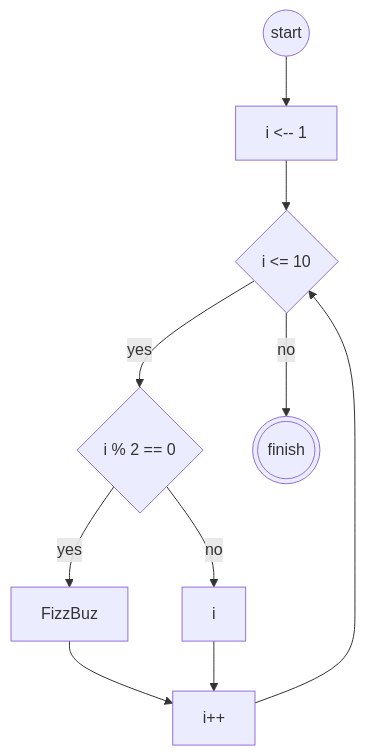
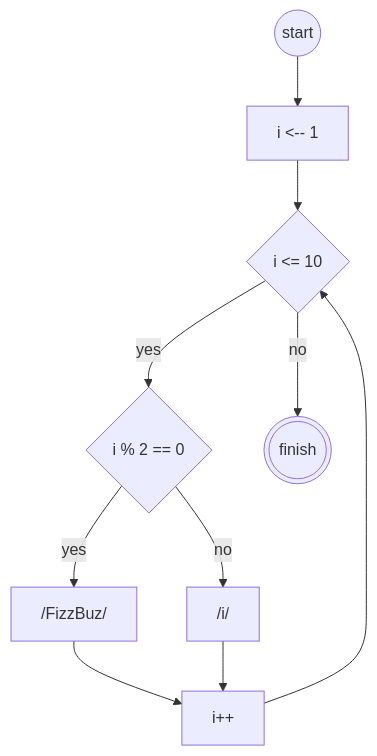
One commit to rifrifai/koda-b1-algoritm changed the diagram in koda-b1-fizzbuzz-algoritm.md. Above: the diagram before and after it, drawn with Mermaid.

Commit message:
Update output format in fizzbuzz algorithm

````diff
--- a/koda-b1-fizzbuzz-algoritm.md
+++ b/koda-b1-fizzbuzz-algoritm.md
@@ -5,20 +5,20 @@
 ```mermaid
     flowchart TD
     start((start))
     init["i <-- 1"]
     check{"i <= 10"}
     check2{"i % 2 == 0"}
     increment["i++"]
-    output["FizzBuz"]
-    output2["i"]
+    output["/FizzBuz/"]
+    output2["/i/"]
     finish((("finish")))
 
     start --> init
     init --> check
     check -- yes --> check2
     check -- no --> finish
     check2 -- yes --> output
     check2 -- no --> output2
     output & output2--> increment
     increment --> check
 ```
````
